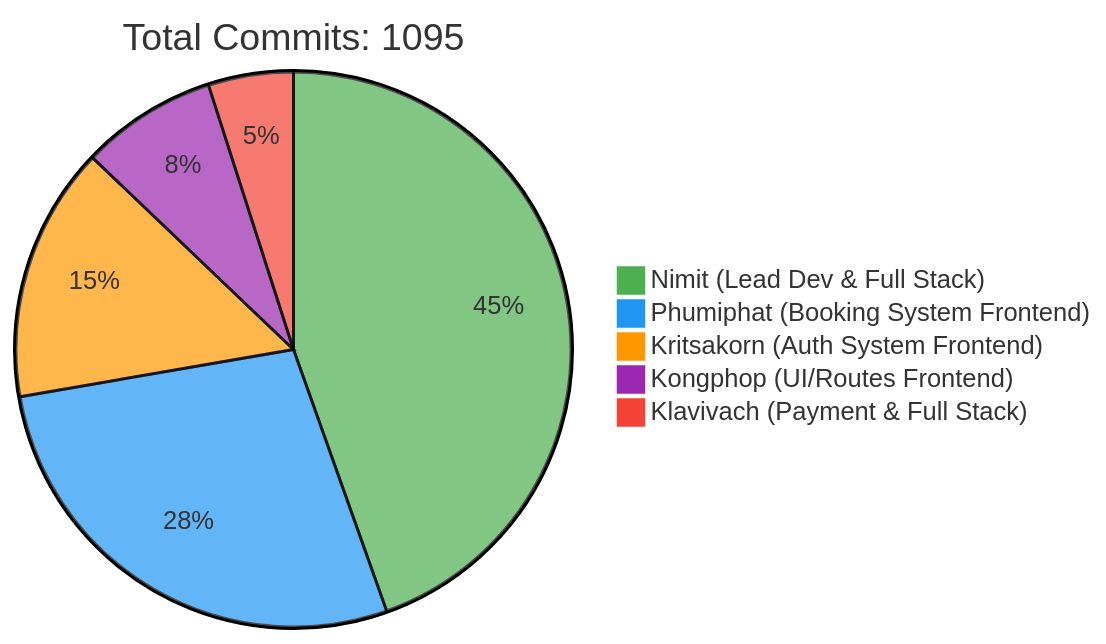
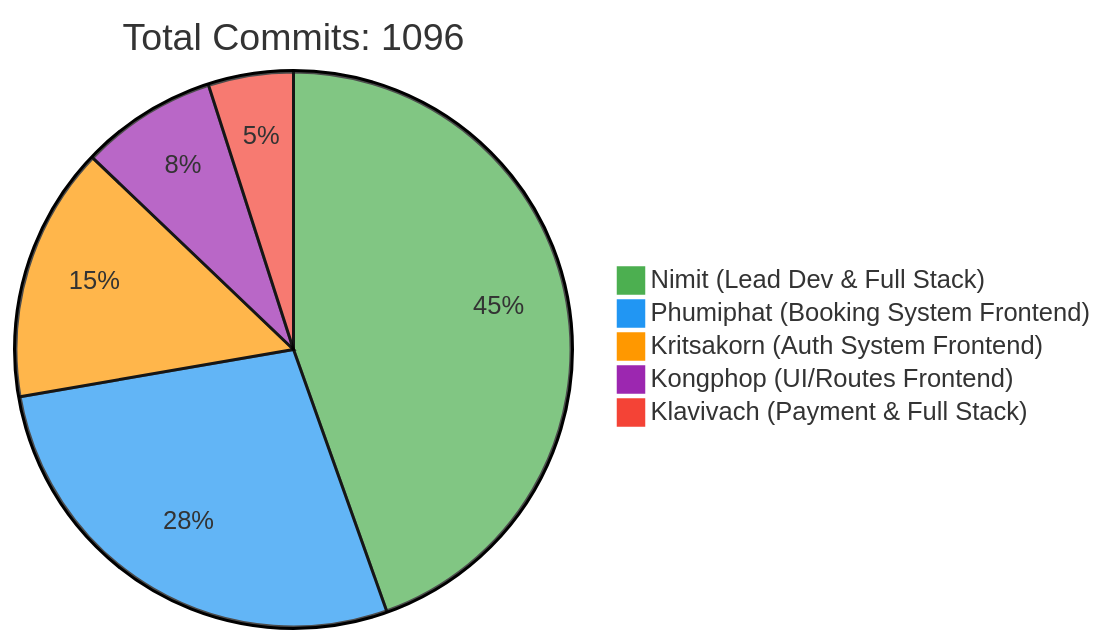
One commit to 6531503042/Sport-Complex changed the first of 2 diagrams in README.md. Above: the diagram before and after it, drawn with Mermaid. The commit also changed other lines of this file, not shown here.

Commit message:
docs: Update contributor statistics [skip ci]

````diff
--- a/README.md
+++ b/README.md
@@ -257,10 +257,10 @@
 ```mermaid
 %%{init: {'theme': 'base', 'themeVariables': { 'pie1': '#4CAF50', 'pie2': '#2196F3', 'pie3': '#FF9800', 'pie4': '#9C27B0', 'pie5': '#F44336'}}}%%
 pie
-    title Total Commits: 1095
+    title Total Commits: 1096
     "Nimit (Lead Dev & Full Stack)" : 450
     "Phumiphat (Booking System Frontend)" : 280
     "Kritsakorn (Auth System Frontend)" : 150
     "Kongphop (UI/Routes Frontend)" : 80
     "Klavivach (Payment & Full Stack)" : 50
 ```
````
